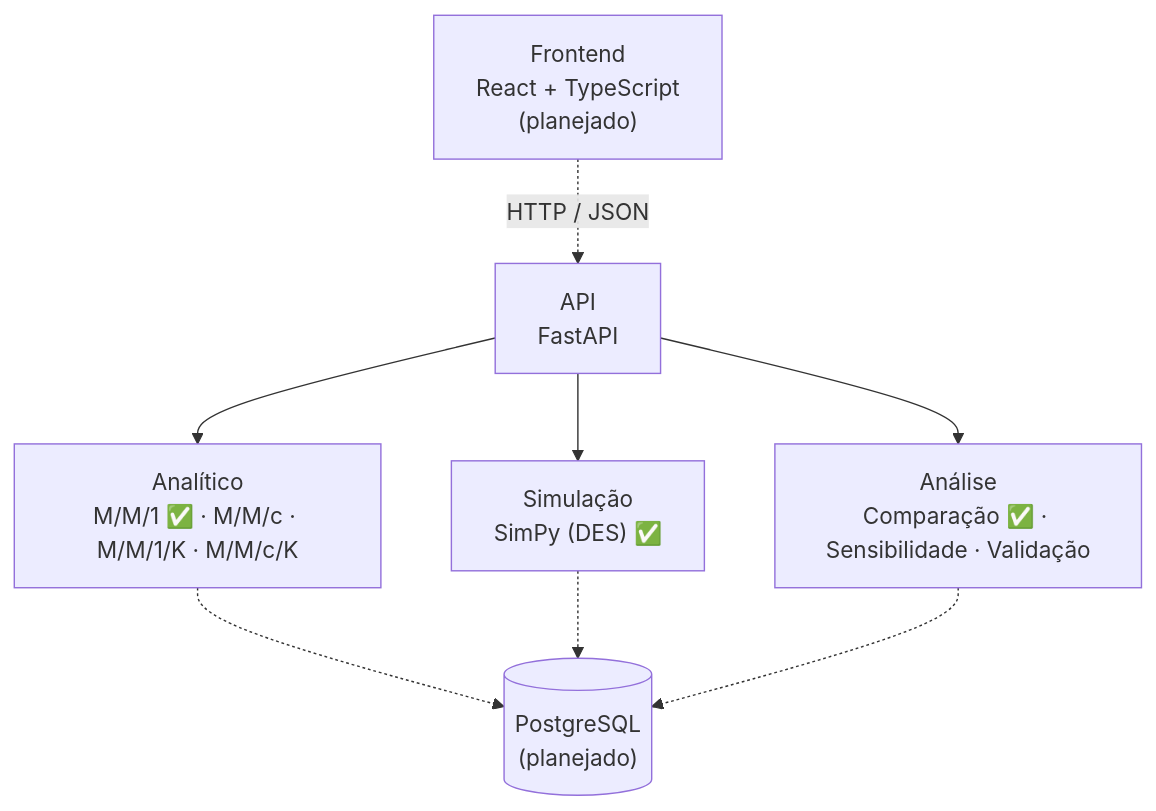
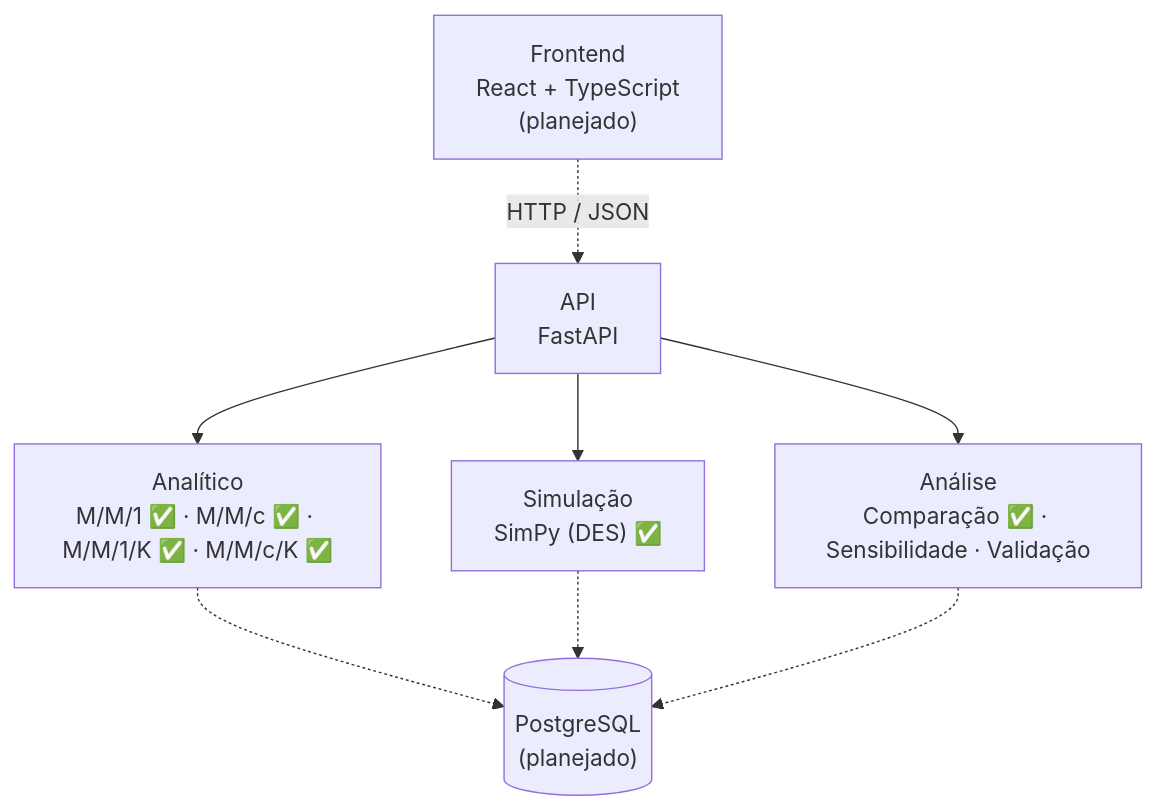
One commit to lucifer-son/QSimulador changed the diagram in README.md. Above: the diagram before and after it, drawn with Mermaid. The commit also changed other lines of this file and 1 other file, not shown here.

````diff
--- a/README.md
+++ b/README.md
@@ -156,17 +230,17 @@
 ```mermaid
 flowchart TD
     FE["Frontend<br/>React + TypeScript<br/>(planejado)"]
     API["API<br/>FastAPI"]
-    AN["Analítico<br/>M/M/1 ✅ · M/M/c · M/M/1/K · M/M/c/K"]
+    AN["Analítico<br/>M/M/1 ✅ · M/M/c ✅ · M/M/1/K ✅ · M/M/c/K ✅"]
     SIM["Simulação<br/>SimPy (DES) ✅"]
     ANL["Análise<br/>Comparação ✅ · Sensibilidade · Validação"]
     DB[("PostgreSQL<br/>(planejado)")]
 
     FE -.->|HTTP / JSON| API
     API --> AN
     API --> SIM
     API --> ANL
     AN -.-> DB
     SIM -.-> DB
     ANL -.-> DB
 ```
````
